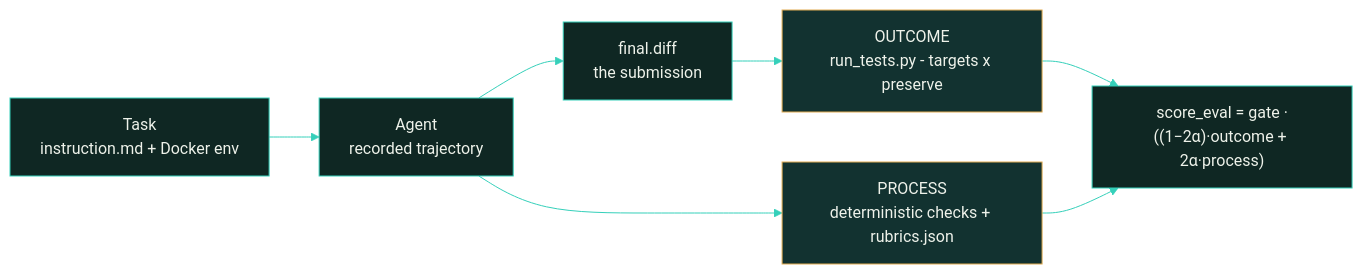
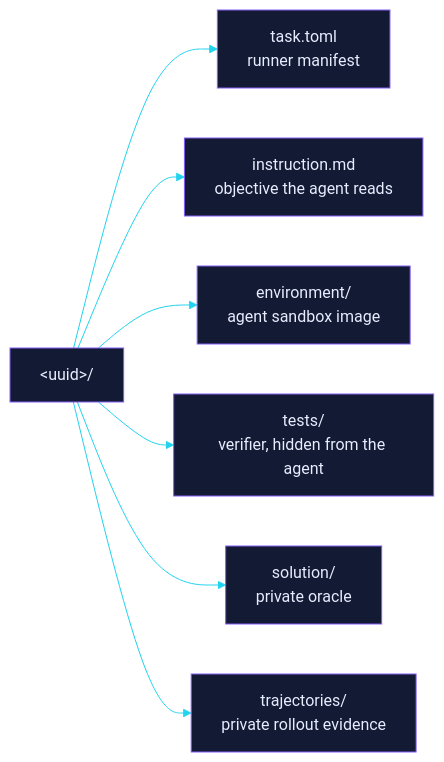
The first of 2 diagrams in README.md (EtharaOrion/levi-samples), drawn with Mermaid before and after one commit. The commit also changed other lines of this file and 1 other file, not shown here.

````diff
--- a/README.md
+++ b/README.md
@@ -201,14 +62,11 @@
 ```mermaid
-%%{init: {'theme':'base','themeVariables':{'primaryColor':'#123230','primaryTextColor':'#eef2ea','primaryBorderColor':'#35d0ba','lineColor':'#35d0ba','fontFamily':'Georgia, DM Sans, Segoe UI, sans-serif'}}}%%
+%%{init: {"theme":"base","themeVariables":{"primaryColor":"#131a33","primaryTextColor":"#e8ecff","primaryBorderColor":"#845EF7","lineColor":"#22d3ee","fontFamily":"monospace"}}}%%
 flowchart LR
-  A["Task<br/>instruction.md + Docker env"] --> B["Agent<br/>recorded trajectory"]
-  B --> C["final.diff<br/>the submission"]
-  C --> D["OUTCOME<br/>run_tests.py - targets x preserve"]
-  B --> E["PROCESS<br/>deterministic checks + rubrics.json"]
-  D --> F["score_eval = gate ·<br/>((1−2α)·outcome + 2α·process)"]
-  E --> F
-  classDef node fill:#0f2723,stroke:#35d0ba,color:#eef2ea;
-  classDef sealed fill:#123230,stroke:#e2ac52,color:#eef2ea;
-  class A,B,C,F node;
-  class D,E sealed;
+    bundle["&lt;uuid&gt;/"]
+    bundle --> n0["task.toml<br/>runner manifest"]
+    bundle --> n1["instruction.md<br/>objective the agent reads"]
+    bundle --> n2["environment/<br/>agent sandbox image"]
+    bundle --> n3["tests/<br/>verifier, hidden from the agent"]
+    bundle --> n4["solution/<br/>private oracle"]
+    bundle --> n5["trajectories/<br/>private rollout evidence"]
 ```
````
